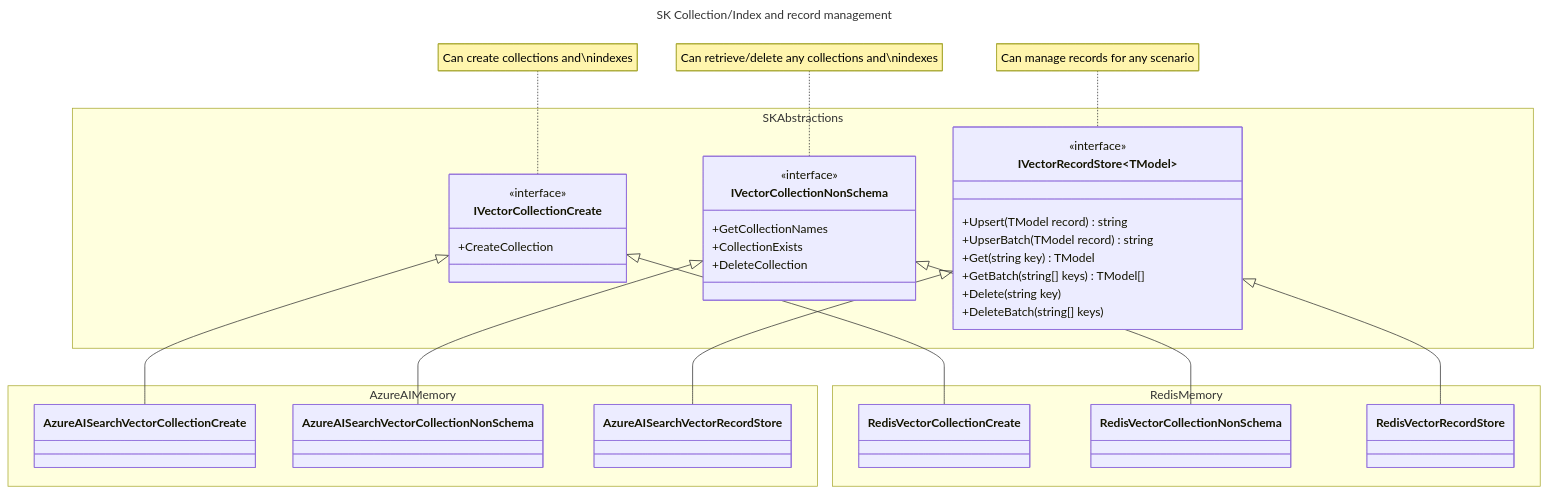
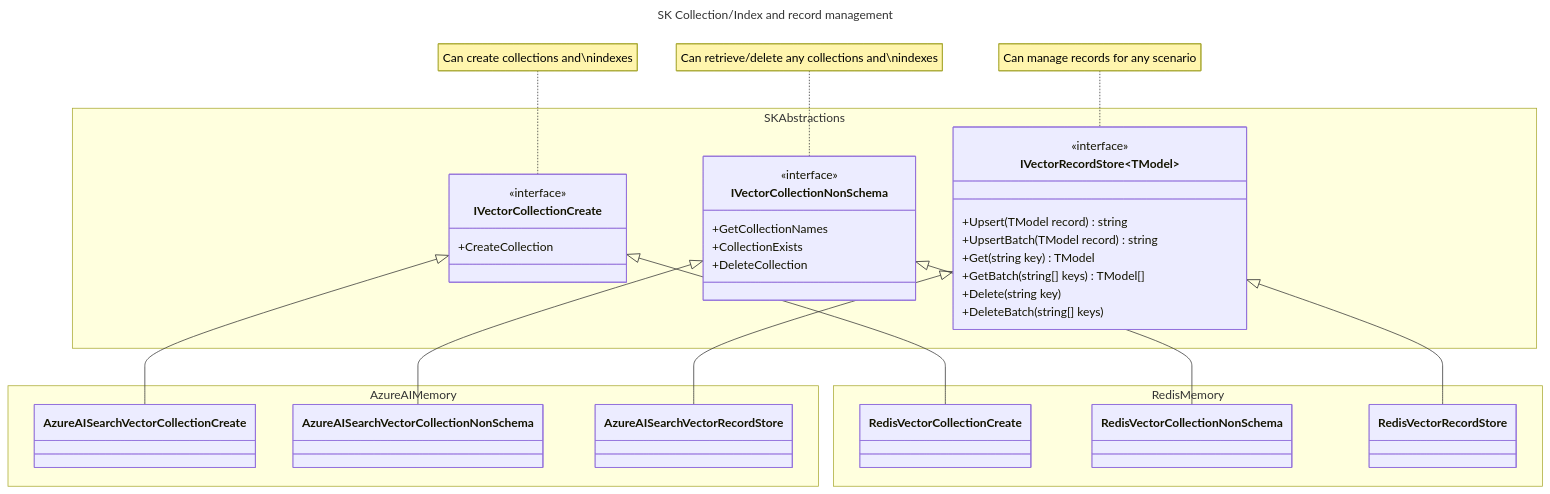
Before and after one commit to microsoft/semantic-kernel: the first of 2 diagrams in docs/decisions/0050-updated-vector-store-design.md, drawn with Mermaid. The commit also changed other lines of this file, not shown here.

````diff
--- a/docs/decisions/0050-updated-vector-store-design.md
+++ b/docs/decisions/0050-updated-vector-store-design.md
@@ -91,63 +91,63 @@
 ```mermaid
 ---
 title: SK Collection/Index and record management
 ---
 classDiagram
     note for IVectorRecordStore "Can manage records for any scenario"
     note for IVectorCollectionCreate "Can create collections and\nindexes"
     note for IVectorCollectionNonSchema "Can retrieve/delete any collections and\nindexes"
 
     namespace SKAbstractions{
         class IVectorCollectionCreate{
             <<interface>>
             +CreateCollection
         }
 
         class IVectorCollectionNonSchema{
             <<interface>>
             +GetCollectionNames
             +CollectionExists
             +DeleteCollection
         }
 
         class IVectorRecordStore~TModel~{
             <<interface>>
             +Upsert(TModel record) string
-            +UpserBatch(TModel record) string
+            +UpsertBatch(TModel record) string
             +Get(string key) TModel
             +GetBatch(string[] keys) TModel[]
             +Delete(string key)
             +DeleteBatch(string[] keys)
         }
     }
 
     namespace AzureAIMemory{
         class AzureAISearchVectorCollectionCreate{
         }
 
         class AzureAISearchVectorCollectionNonSchema{
         }
 
         class AzureAISearchVectorRecordStore{
         }
     }
 
     namespace RedisMemory{
         class RedisVectorCollectionCreate{
         }
 
         class RedisVectorCollectionNonSchema{
         }
 
         class RedisVectorRecordStore{
         }
     }
 
     IVectorCollectionCreate <|-- AzureAISearchVectorCollectionCreate
     IVectorCollectionNonSchema <|-- AzureAISearchVectorCollectionNonSchema
     IVectorRecordStore <|-- AzureAISearchVectorRecordStore
 
     IVectorCollectionCreate <|-- RedisVectorCollectionCreate
     IVectorCollectionNonSchema <|-- RedisVectorCollectionNonSchema
     IVectorRecordStore <|-- RedisVectorRecordStore
 ```
````
